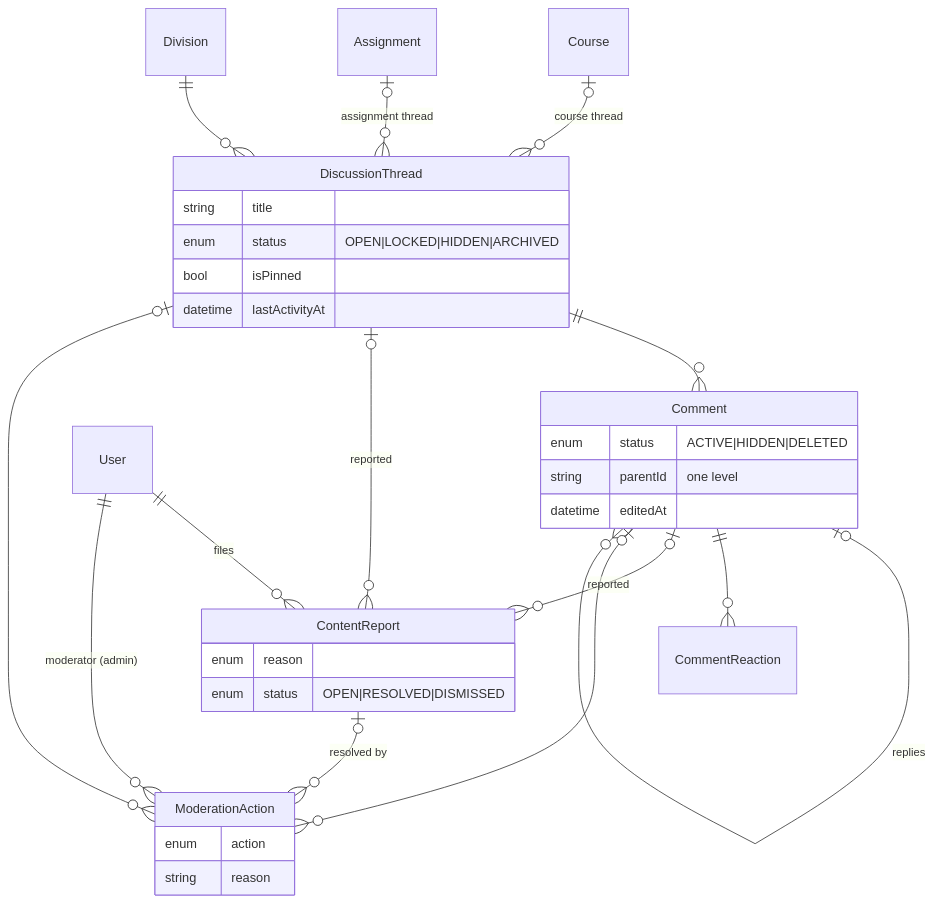
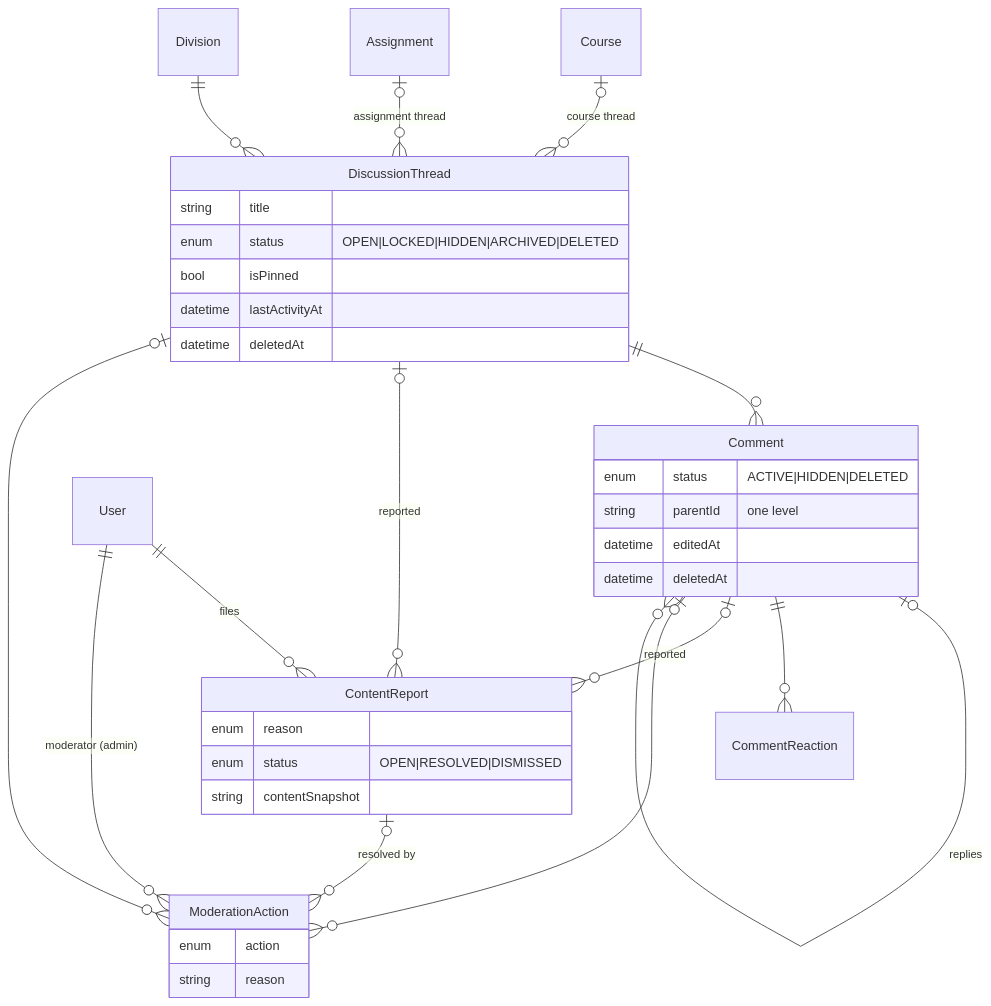
The fourth of 5 diagrams in docs/DATABASE.md (Theoneste1/ROFBACKENDTEST), drawn with Mermaid before and after one commit. The commit also changed other lines of this file and 9 other files, not shown here.

First line of the commit message:
Discussions and moderation: thread removal, report review, notifications

````diff
--- a/docs/DATABASE.md
+++ b/docs/DATABASE.md
@@ -139,21 +139,21 @@
 ```mermaid
 erDiagram
   Course |o--o{ DiscussionThread : "course thread"
   Assignment |o--o{ DiscussionThread : "assignment thread"
   Division ||--o{ DiscussionThread : ""
   DiscussionThread ||--o{ Comment : ""
   Comment |o--o{ Comment : replies
   Comment ||--o{ CommentReaction : ""
   DiscussionThread |o--o{ ContentReport : reported
   Comment |o--o{ ContentReport : reported
   User ||--o{ ContentReport : files
   ContentReport |o--o{ ModerationAction : "resolved by"
   DiscussionThread |o--o{ ModerationAction : ""
   Comment |o--o{ ModerationAction : ""
   User ||--o{ ModerationAction : "moderator (admin)"
 
-  DiscussionThread { string title enum status "OPEN|LOCKED|HIDDEN|ARCHIVED" bool isPinned datetime lastActivityAt }
-  Comment { enum status "ACTIVE|HIDDEN|DELETED" string parentId "one level" datetime editedAt }
-  ContentReport { enum reason enum status "OPEN|RESOLVED|DISMISSED" }
+  DiscussionThread { string title enum status "OPEN|LOCKED|HIDDEN|ARCHIVED|DELETED" bool isPinned datetime lastActivityAt datetime deletedAt }
+  Comment { enum status "ACTIVE|HIDDEN|DELETED" string parentId "one level" datetime editedAt datetime deletedAt }
+  ContentReport { enum reason enum status "OPEN|RESOLVED|DISMISSED" string contentSnapshot }
   ModerationAction { enum action string reason }
 ```
````
